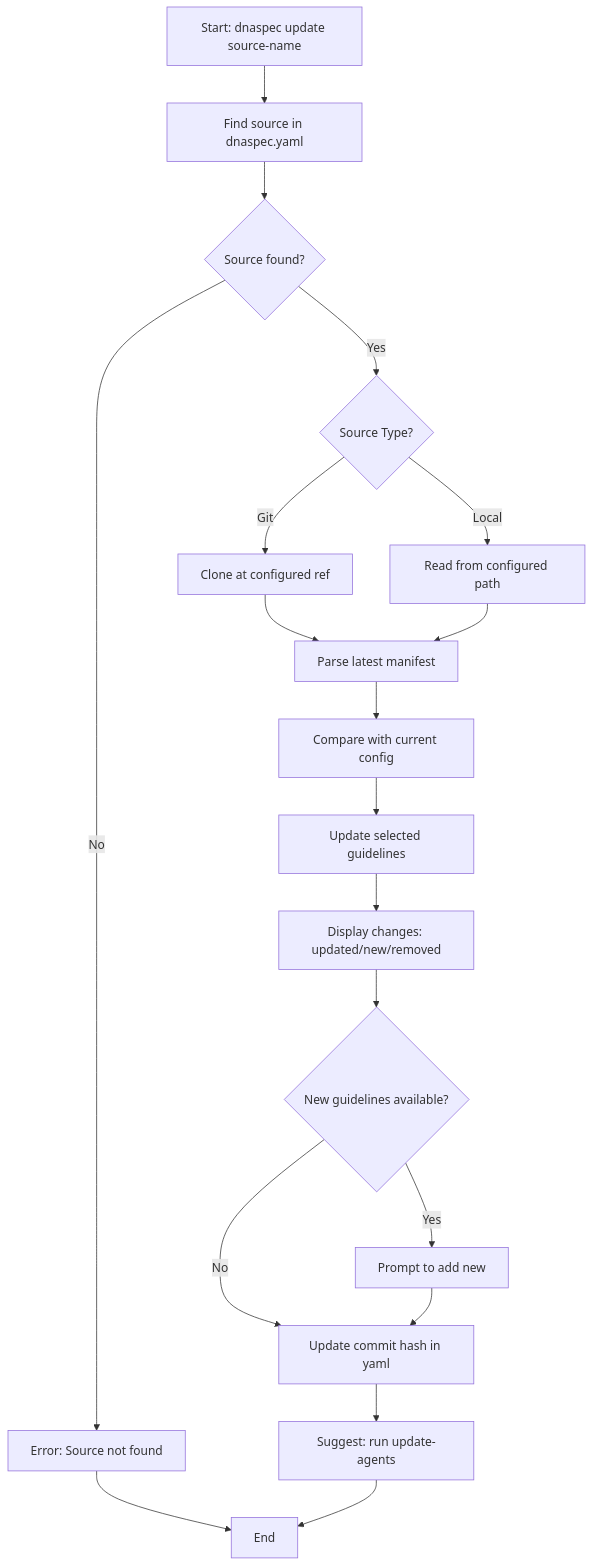
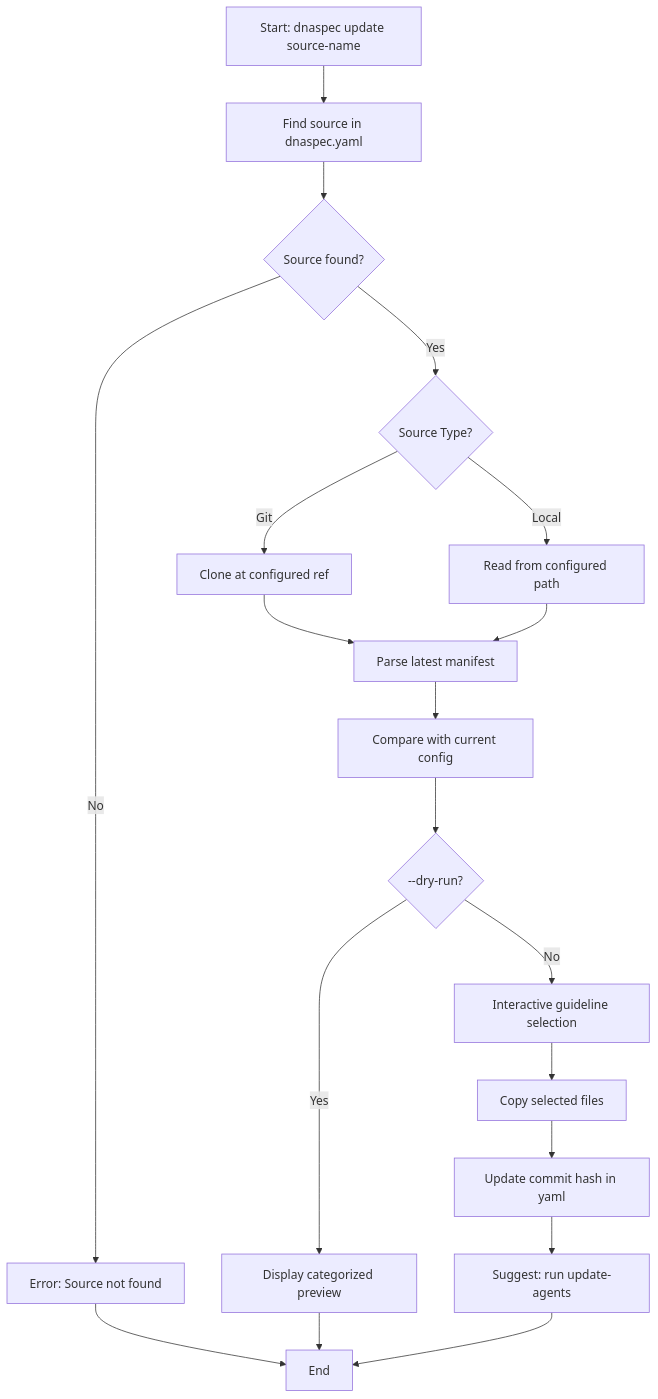
The second of 5 diagrams in docs/design.md (aviator5/dnaspec-origin), drawn with Mermaid before and after one commit. The commit also changed other lines of this file and 10 other files, not shown here.

````diff
--- a/docs/design.md
+++ b/docs/design.md
@@ -553,21 +545,21 @@
 ```mermaid
 flowchart TD
     A[Start: dnaspec update source-name] --> B[Find source in dnaspec.yaml]
     B --> C{Source found?}
     C -->|No| D[Error: Source not found]
     C -->|Yes| E{Source Type?}
     E -->|Git| F[Clone at configured ref]
     E -->|Local| G[Read from configured path]
     F --> H[Parse latest manifest]
     G --> H
     H --> I[Compare with current config]
-    I --> J[Update selected guidelines]
-    J --> K[Display changes: updated/new/removed]
-    K --> L{New guidelines available?}
-    L -->|Yes| M[Prompt to add new]
-    L -->|No| N[Update commit hash in yaml]
-    M --> N
+    I --> J{--dry-run?}
+    J -->|Yes| K[Display categorized preview]
+    J -->|No| L[Interactive guideline selection]
+    L --> M[Copy selected files]
+    M --> N[Update commit hash in yaml]
     N --> O[Suggest: run update-agents]
-    D --> P[End]
+    K --> P[End]
+    D --> P
     O --> P
 ```
````
